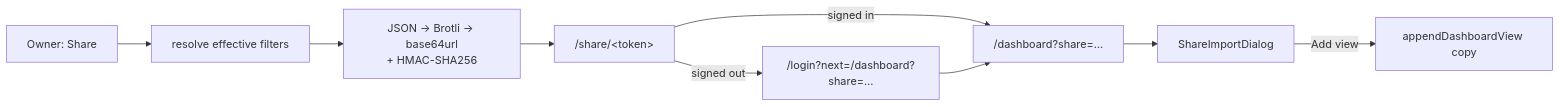
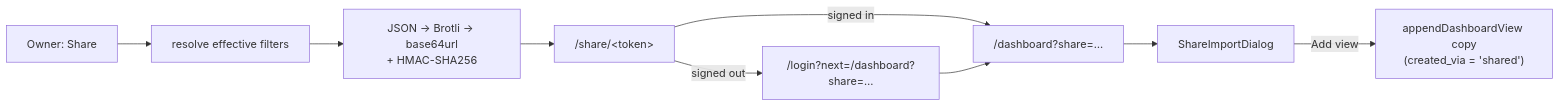
One commit to oncloudnintynineone-source/cloudy2 changed the ninth of 9 diagrams in docs/dashboard-views.md. Above: the diagram before and after it, drawn with Mermaid. The commit also changed other lines of this file and 22 other files, not shown here.

````diff
--- a/docs/dashboard-views.md
+++ b/docs/dashboard-views.md
@@ -1267,11 +1267,11 @@
 ```mermaid
 flowchart LR
   A["Owner: Share"] --> B["resolve effective filters"]
   B --> C["JSON → Brotli → base64url<br/>+ HMAC-SHA256"]
   C --> D["/share/&lt;token&gt;"]
   D -->|signed out| E["/login?next=/dashboard?share=…"]
   D -->|signed in| F["/dashboard?share=…"]
   E --> F
   F --> G["ShareImportDialog"]
-  G -->|Add view| H["appendDashboardView copy"]
+  G -->|Add view| H["appendDashboardView copy<br/>(created_via = 'shared')"]
 ```
````
